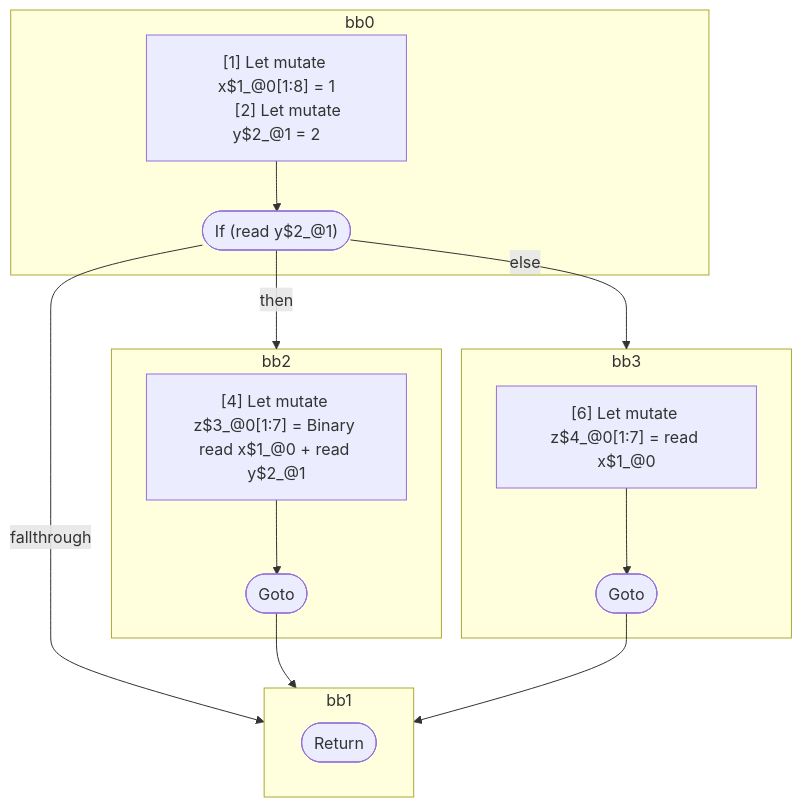
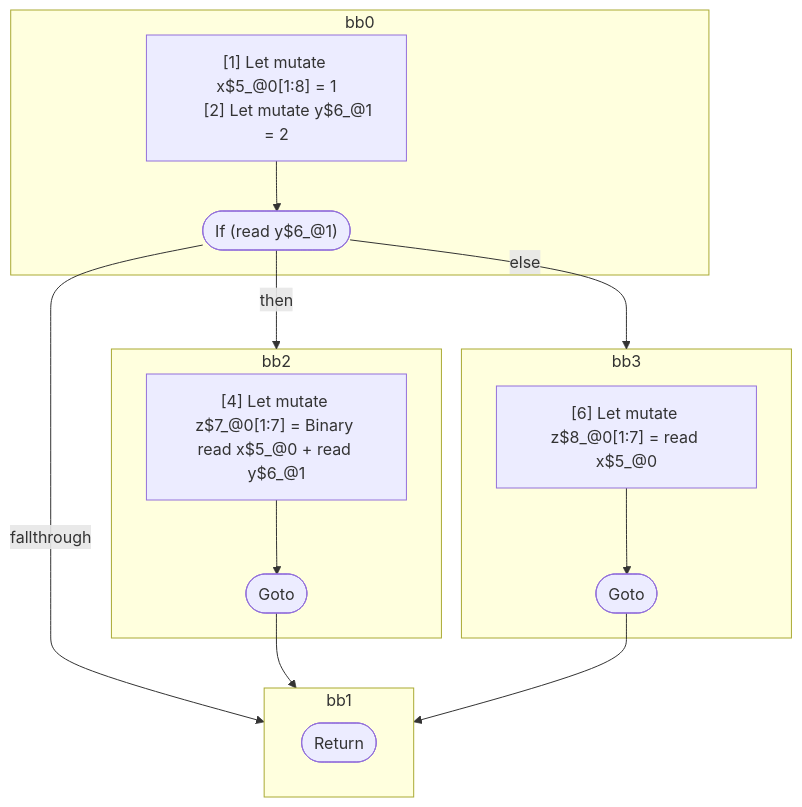
One commit to wutsmog/private changed the diagram in compiler/forget/src/__tests__/fixtures/hir/ssa-if-else.expect.md. Above: the diagram before and after it, drawn with Mermaid. The commit also changed other lines of this file and 59 other files, not shown here.

````diff
--- a/compiler/forget/src/__tests__/fixtures/hir/ssa-if-else.expect.md
+++ b/compiler/forget/src/__tests__/fixtures/hir/ssa-if-else.expect.md
@@ -40,34 +40,34 @@
 ```mermaid
 flowchart TB
   %% Basic Blocks
   subgraph bb0
     bb0_instrs["
-      [1] Let mutate x$1_@0[1:8] = 1
-      [2] Let mutate y$2_@1 = 2
+      [1] Let mutate x$5_@0[1:8] = 1
+      [2] Let mutate y$6_@1 = 2
     "]
-    bb0_instrs --> bb0_terminal(["If (read y$2_@1)"])
+    bb0_instrs --> bb0_terminal(["If (read y$6_@1)"])
   end
   subgraph bb2
     bb2_instrs["
-      [4] Let mutate z$3_@0[1:7] = Binary read x$1_@0 + read y$2_@1
+      [4] Let mutate z$7_@0[1:7] = Binary read x$5_@0 + read y$6_@1
     "]
     bb2_instrs --> bb2_terminal(["Goto"])
   end
   subgraph bb3
     bb3_instrs["
-      [6] Let mutate z$4_@0[1:7] = read x$1_@0
+      [6] Let mutate z$8_@0[1:7] = read x$5_@0
     "]
     bb3_instrs --> bb3_terminal(["Goto"])
   end
   subgraph bb1
     bb1_terminal(["Return"])
   end
 
   %% Jumps
   bb0_terminal -- "then" --> bb2
   bb0_terminal -- "else" --> bb3
   bb0_terminal -- "fallthrough" --> bb1
   bb2_terminal --> bb1
   bb3_terminal --> bb1
 
 ```
````
